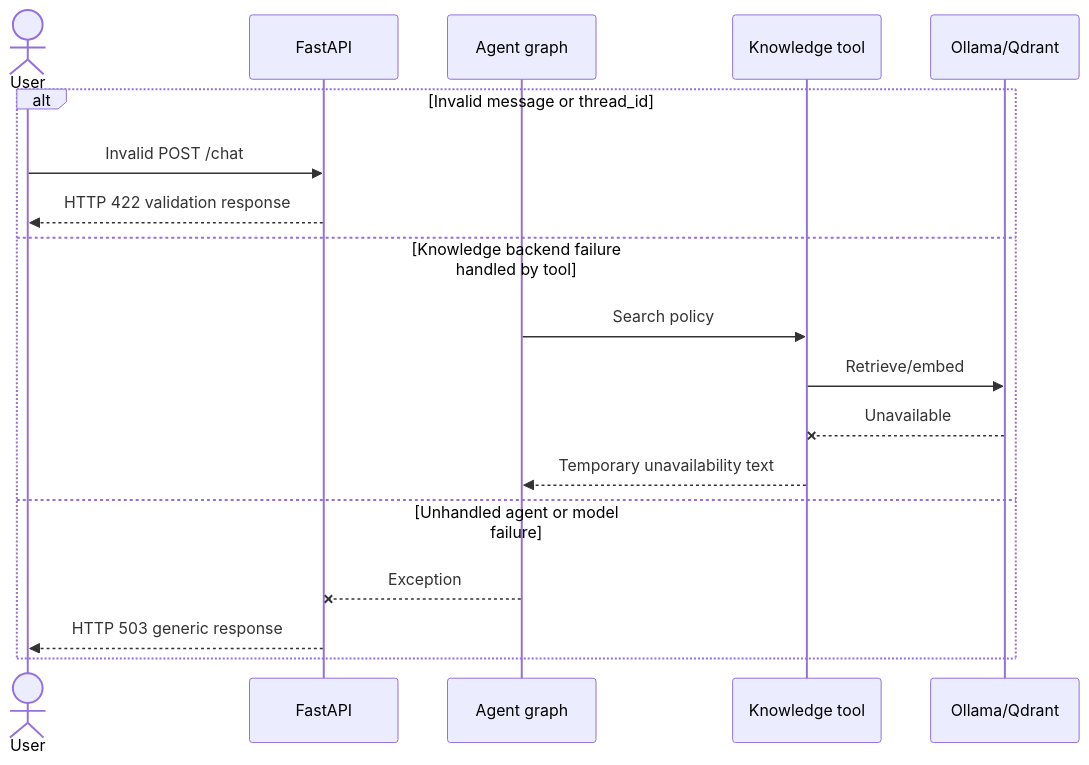
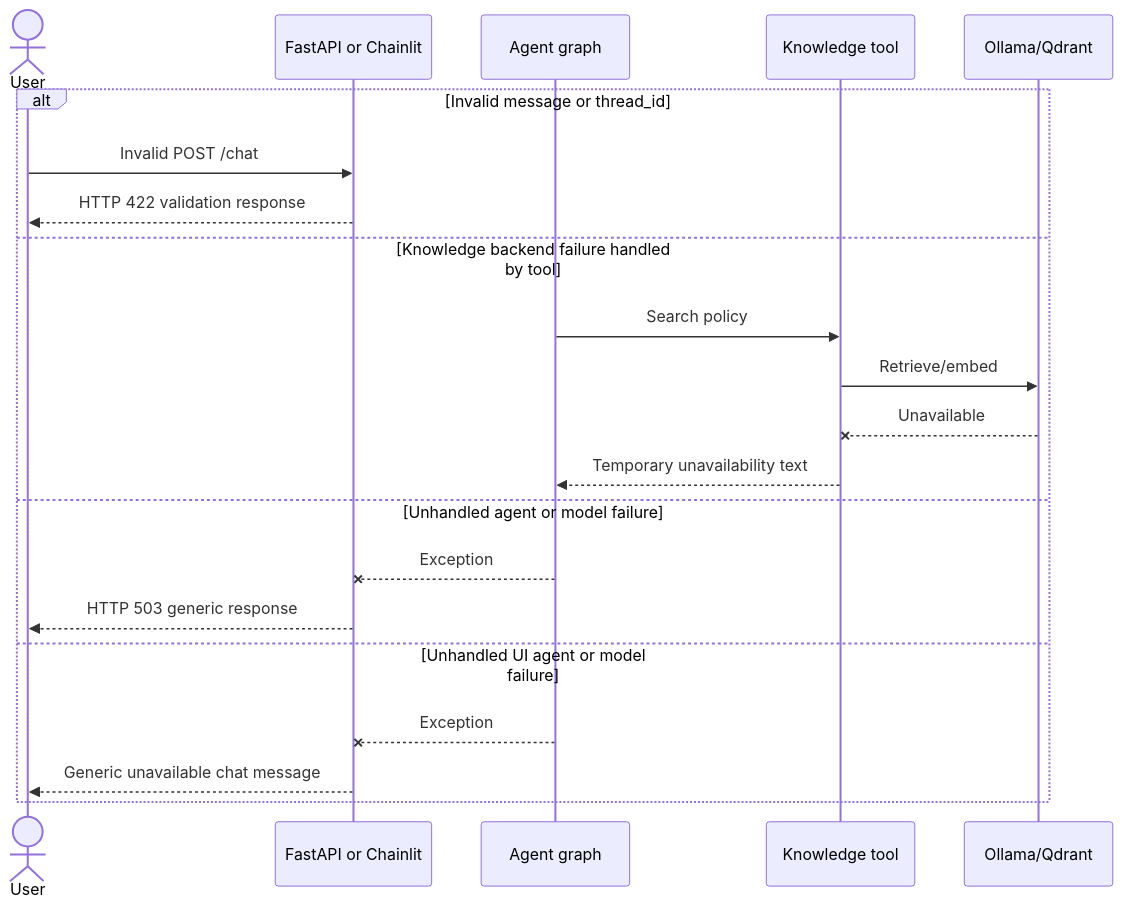
Before and after one commit to pmutua/afyaplus: the fourth of 4 diagrams in docs/sequence-diagram.md, drawn with Mermaid. The commit also changed other lines of this file and 17 other files, not shown here.

First line of the commit message:
feat(ui): add Chainlit chat interface

````diff
--- a/docs/sequence-diagram.md
+++ b/docs/sequence-diagram.md
@@ -104,21 +107,24 @@
 ```mermaid
 sequenceDiagram
     actor User
-    participant API as FastAPI
+    participant Interface as FastAPI or Chainlit
     participant Agent as Agent graph
     participant Knowledge as Knowledge tool
     participant Backend as Ollama/Qdrant
 
     alt Invalid message or thread_id
-        User->>API: Invalid POST /chat
-        API-->>User: HTTP 422 validation response
+        User->>Interface: Invalid POST /chat
+        Interface-->>User: HTTP 422 validation response
     else Knowledge backend failure handled by tool
         Agent->>Knowledge: Search policy
         Knowledge->>Backend: Retrieve/embed
         Backend--xKnowledge: Unavailable
         Knowledge-->>Agent: Temporary unavailability text
     else Unhandled agent or model failure
-        Agent--xAPI: Exception
-        API-->>User: HTTP 503 generic response
+        Agent--xInterface: Exception
+        Interface-->>User: HTTP 503 generic response
+    else Unhandled UI agent or model failure
+        Agent--xInterface: Exception
+        Interface-->>User: Generic unavailable chat message
     end
 ```
````
